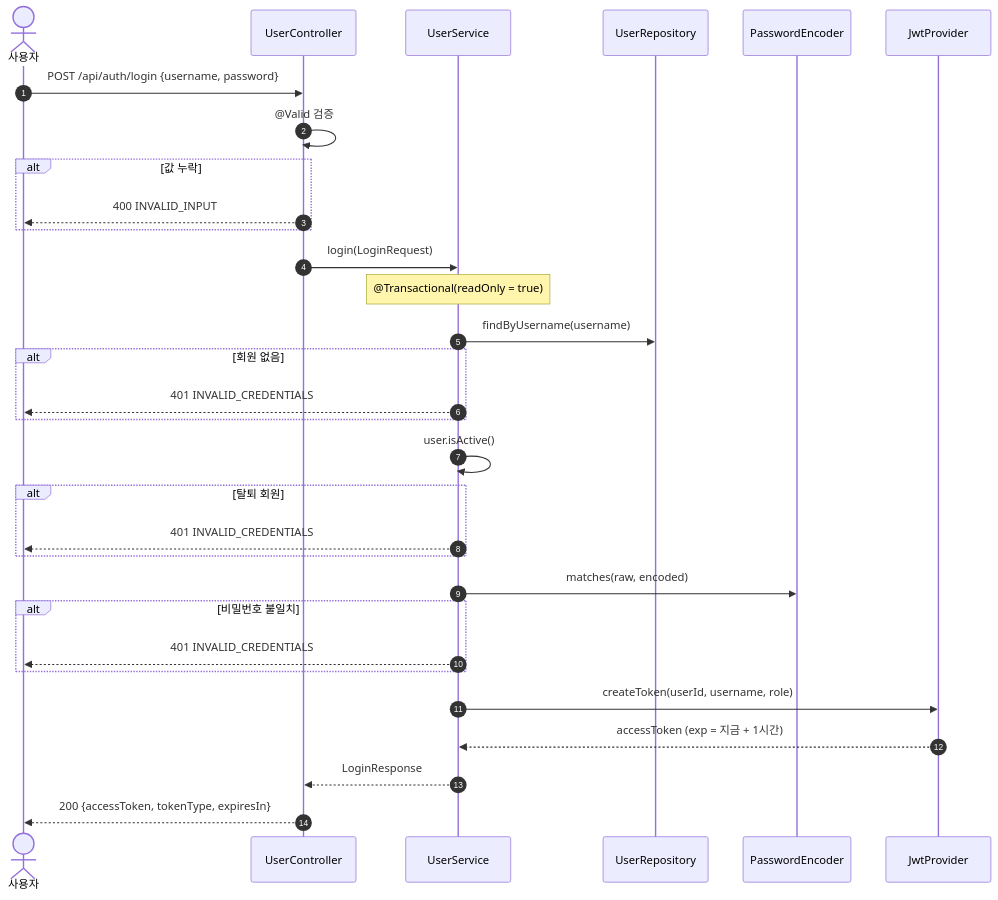
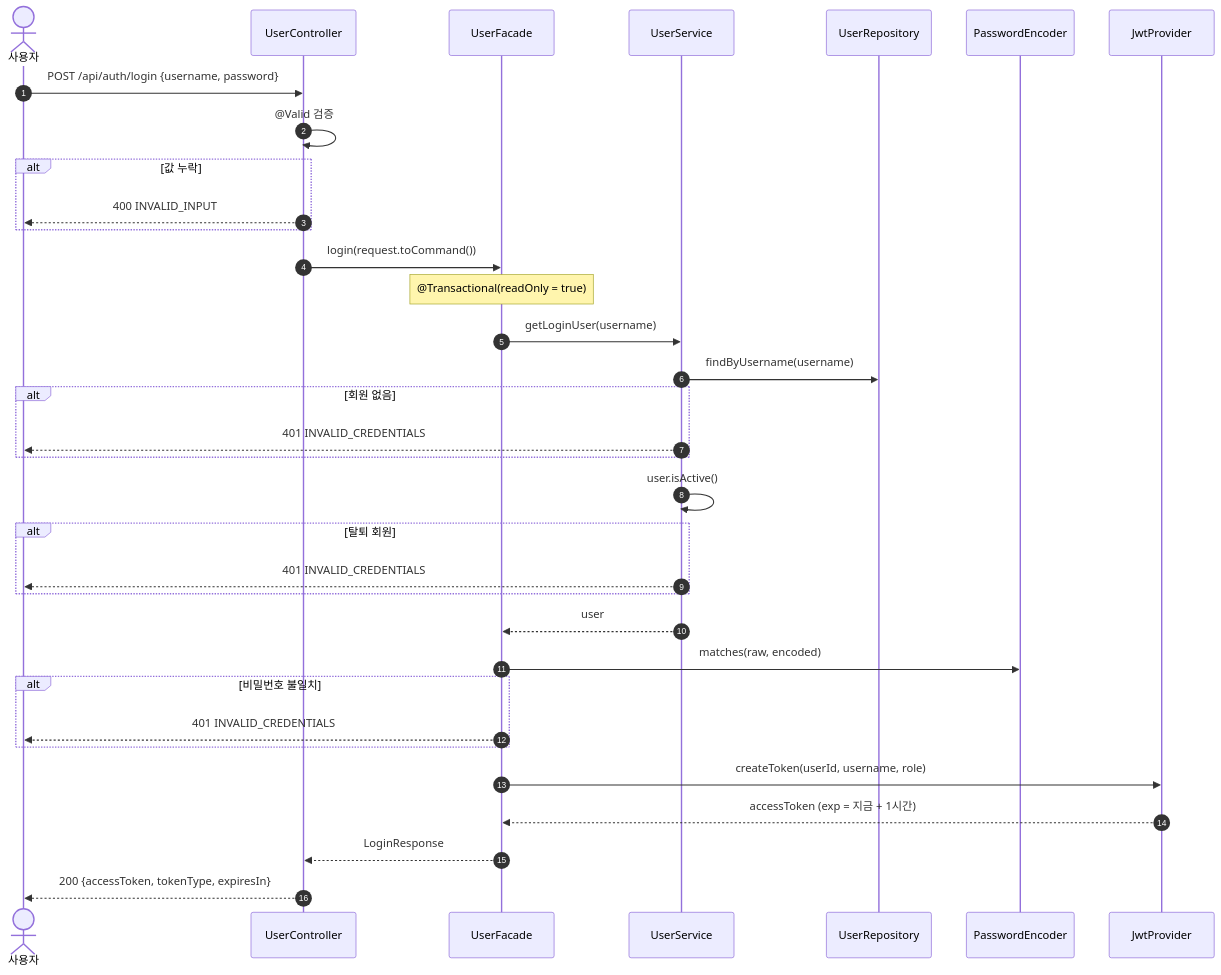
One commit to dd-jiny/delivery-order-backend changed the second of 6 diagrams in docs/design/05-sequence-diagram.md. Above: the diagram before and after it, drawn with Mermaid. The commit also changed other lines of this file and 39 other files, not shown here.

````diff
--- a/docs/design/05-sequence-diagram.md
+++ b/docs/design/05-sequence-diagram.md
@@ -67,34 +71,37 @@
 ```mermaid
 sequenceDiagram
     autonumber
     actor U as 사용자
     participant C as UserController
+    participant FA as UserFacade
     participant S as UserService
     participant R as UserRepository
     participant PE as PasswordEncoder
     participant J as JwtProvider
 
     U->>C: POST /api/auth/login {username, password}
     C->>C: @Valid 검증
     alt 값 누락
         C-->>U: 400 INVALID_INPUT
     end
-    C->>S: login(LoginRequest)
-    Note over S: @Transactional(readOnly = true)
+    C->>FA: login(request.toCommand())
+    Note over FA: @Transactional(readOnly = true)
+    FA->>S: getLoginUser(username)
     S->>R: findByUsername(username)
     alt 회원 없음
         S-->>U: 401 INVALID_CREDENTIALS
     end
     S->>S: user.isActive()
     alt 탈퇴 회원
         S-->>U: 401 INVALID_CREDENTIALS
     end
-    S->>PE: matches(raw, encoded)
+    S-->>FA: user
+    FA->>PE: matches(raw, encoded)
     alt 비밀번호 불일치
-        S-->>U: 401 INVALID_CREDENTIALS
+        FA-->>U: 401 INVALID_CREDENTIALS
     end
-    S->>J: createToken(userId, username, role)
-    J-->>S: accessToken (exp = 지금 + 1시간)
-    S-->>C: LoginResponse
+    FA->>J: createToken(userId, username, role)
+    J-->>FA: accessToken (exp = 지금 + 1시간)
+    FA-->>C: LoginResponse
     C-->>U: 200 {accessToken, tokenType, expiresIn}
 ```
````
